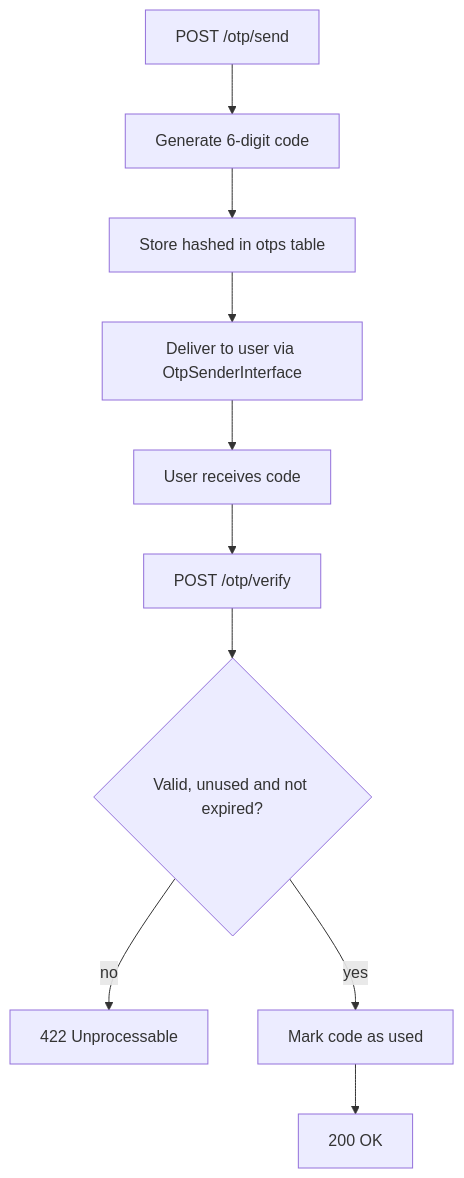
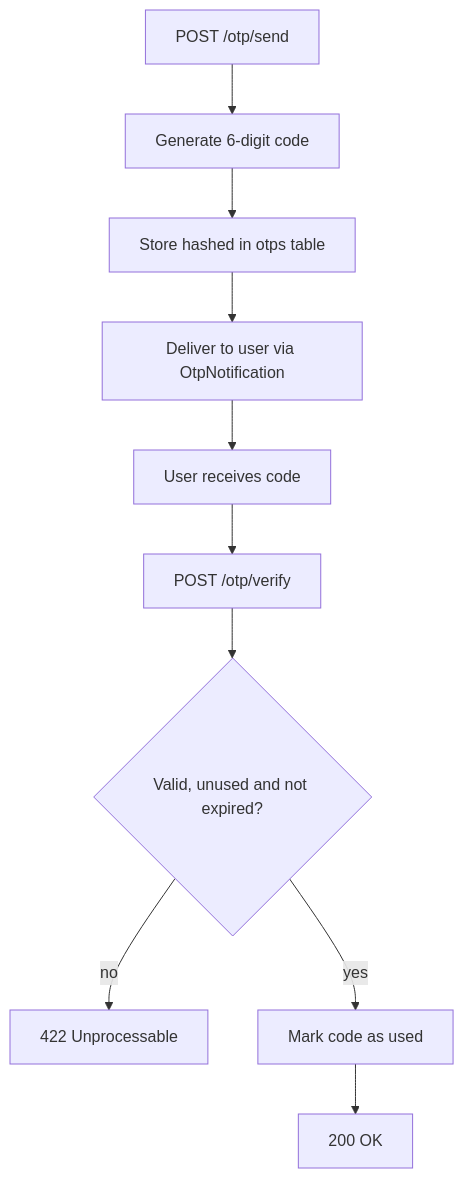
The diagram in docs/otp.md (Light-it-labs/lightit-auth-laravel), drawn with Mermaid before and after one commit. The commit also changed other lines of this file and 4 other files, not shown here.

````diff
--- a/docs/otp.md
+++ b/docs/otp.md
@@ -66,12 +48,12 @@
 ```mermaid
 flowchart TD
     Send[POST /otp/send] --> Generate[Generate 6-digit code]
     Generate --> Store[Store hashed in otps table]
-    Store --> Deliver[Deliver to user via OtpSenderInterface]
+    Store --> Deliver[Deliver to user via OtpNotification]
     Deliver --> UserReceives[User receives code]
     UserReceives --> Verify[POST /otp/verify]
     Verify --> Valid{Valid, unused and not expired?}
     Valid -- no --> E422[422 Unprocessable]
     Valid -- yes --> MarkUsed[Mark code as used]
     MarkUsed --> E200[200 OK]
 ```
````
